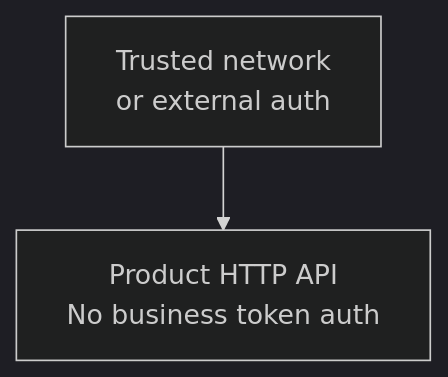
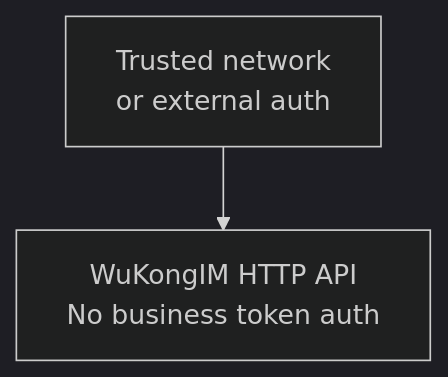
The third of 3 diagrams in docs-site/content/docs/server/configuration/security.en.mdx (WuKongIM/WuKongIM), drawn with Mermaid (dark theme) before and after one commit. The commit also changed other lines of this file and 166 other files, not shown here.

Commit message:
docs: refresh README visuals and clarify WuKongIM HTTP API

````diff
--- a/docs-site/content/docs/server/configuration/security.en.mdx
+++ b/docs-site/content/docs/server/configuration/security.en.mdx
@@ -88,4 +88,4 @@
 ```mermaid
 flowchart TD
-  backend["Trusted network<br/>or external auth"] --> api["Product HTTP API<br/>No business token auth"]
+  backend["Trusted network<br/>or external auth"] --> api["WuKongIM HTTP API<br/>No business token auth"]
 ```
````
